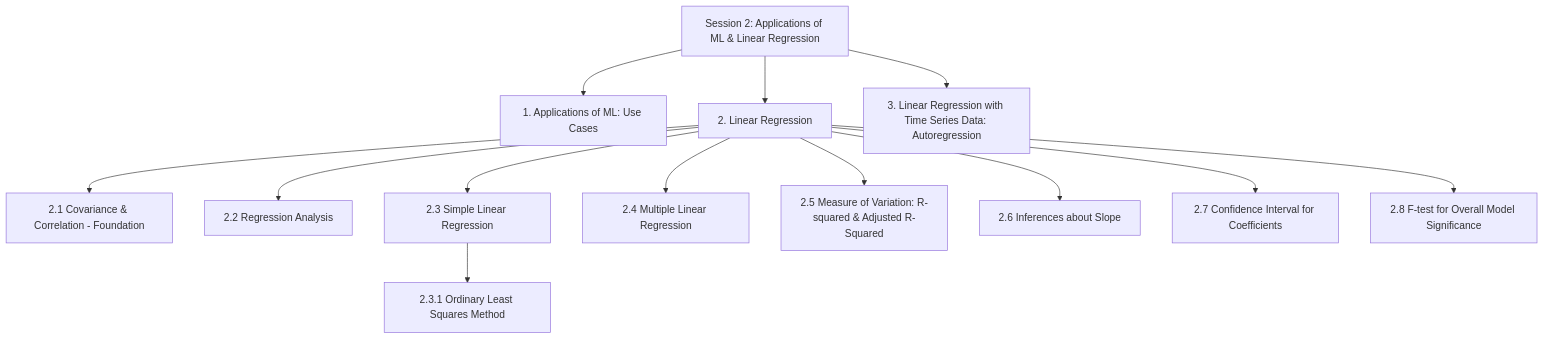
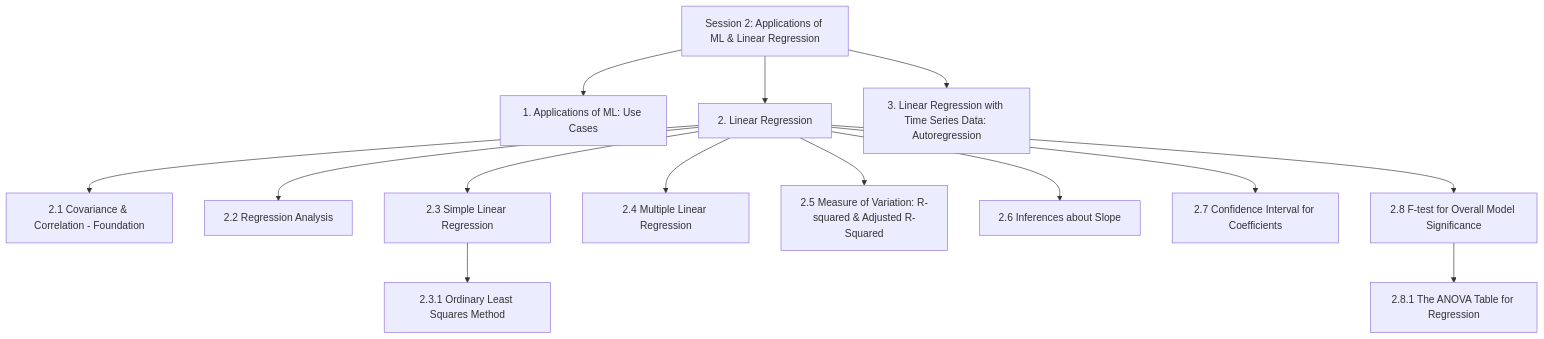
One commit to mhd-riaz/data-scientist-roadmap changed the first of 11 diagrams in semester-1/05-supervised-ml-regression/notes/02-linear-regression.md. Above: the diagram before and after it, drawn with Mermaid. The commit also changed other lines of this file and 3 other files, not shown here.

````diff
--- a/semester-1/05-supervised-ml-regression/notes/02-linear-regression.md
+++ b/semester-1/05-supervised-ml-regression/notes/02-linear-regression.md
@@ -8,15 +8,16 @@
 ```mermaid
 flowchart TD
     S2[Session 2: Applications of ML & Linear Regression] --> P1[1. Applications of ML: Use Cases]
     S2 --> P2[2. Linear Regression]
     S2 --> P3[3. Linear Regression with Time Series Data: Autoregression]
     P2 --> C21[2.1 Covariance & Correlation - Foundation]
     P2 --> C22[2.2 Regression Analysis]
     P2 --> C23[2.3 Simple Linear Regression]
     C23 --> C231[2.3.1 Ordinary Least Squares Method]
     P2 --> C24[2.4 Multiple Linear Regression]
     P2 --> C25[2.5 Measure of Variation: R-squared & Adjusted R-Squared]
     P2 --> C26[2.6 Inferences about Slope]
     P2 --> C27[2.7 Confidence Interval for Coefficients]
     P2 --> C28[2.8 F-test for Overall Model Significance]
+    C28 --> C281[2.8.1 The ANOVA Table for Regression]
 ```
````
